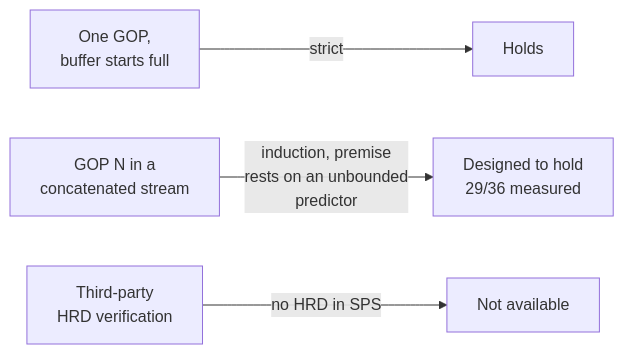
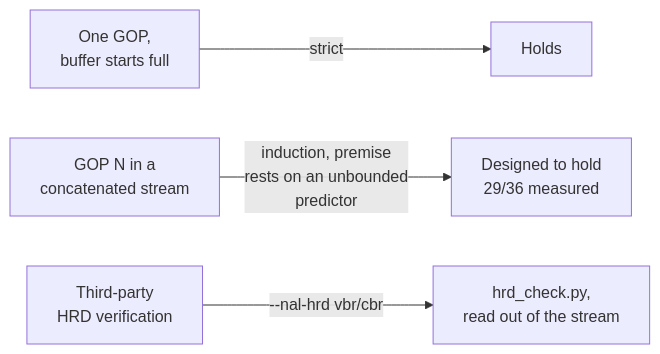
One commit to terranvigil/yah264 changed the second of 2 diagrams in docs/rate-control.md. Above: the diagram before and after it, drawn with Mermaid. The commit also changed other lines of this file and 3 other files, not shown here.

````diff
--- a/docs/rate-control.md
+++ b/docs/rate-control.md
@@ -444,6 +467,6 @@
 ```mermaid
 flowchart LR
  A["One GOP,<br/>buffer starts full"] -->|"strict"| B["Holds"]
  C["GOP N in a<br/>concatenated stream"] -->|"induction, premise<br/>rests on an unbounded<br/>predictor"| D["Designed to hold<br/>29/36 measured"]
- E["Third-party<br/>HRD verification"] -->|"no HRD in SPS"| F["Not available"]
+ E["Third-party<br/>HRD verification"] -->|"--nal-hrd vbr/cbr"| F["hrd_check.py,<br/>read out of the stream"]
 ```
````
